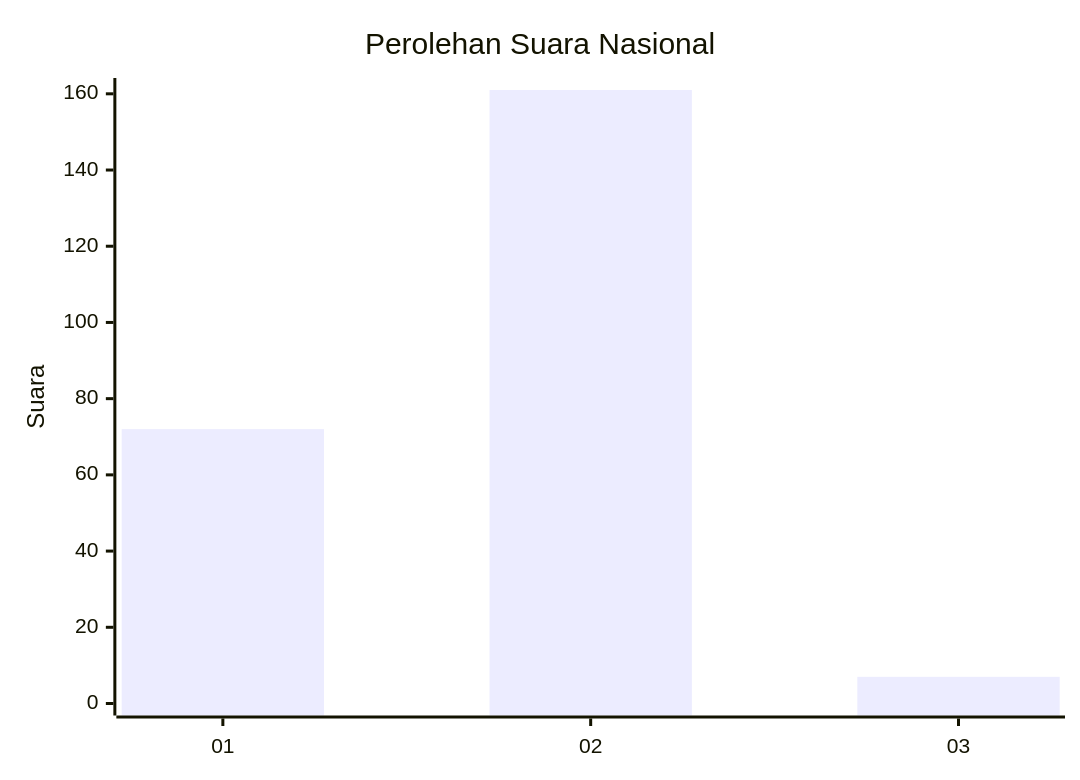
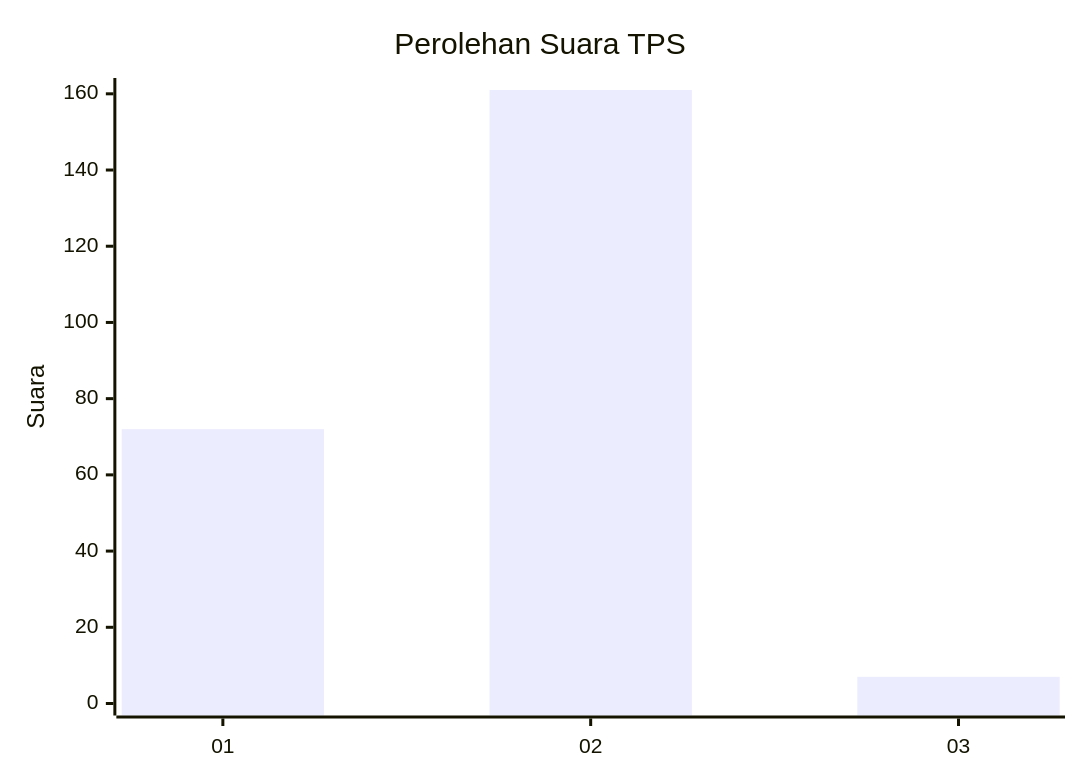
One commit to gigit-pemilu/pemilu-2024-11-aceh changed the first of 2 diagrams in pilpres/hitung-suara/sub/11-aceh/sub/10-aceh-singkil/sub/13-singkohor/sub/2001-singkohor/sub/001-tps/README.md. Above: the diagram before and after it, drawn with Mermaid. The commit also changed other lines of this file and 617 other files, not shown here.

````diff
--- a/pilpres/hitung-suara/sub/11-aceh/sub/10-aceh-singkil/sub/13-singkohor/sub/2001-singkohor/sub/001-tps/README.md
+++ b/pilpres/hitung-suara/sub/11-aceh/sub/10-aceh-singkil/sub/13-singkohor/sub/2001-singkohor/sub/001-tps/README.md
@@ -5,7 +5,7 @@
 ```mermaid
 xychart-beta
-    title "Perolehan Suara Nasional"
+    title "Perolehan Suara TPS"
     x-axis [01, 02, 03]
     y-axis "Suara" 0 --> 161
     bar [72, 161, 7]
 ```
````
